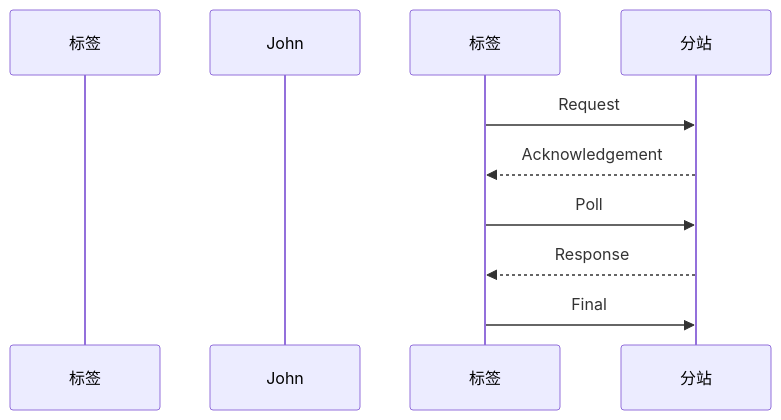
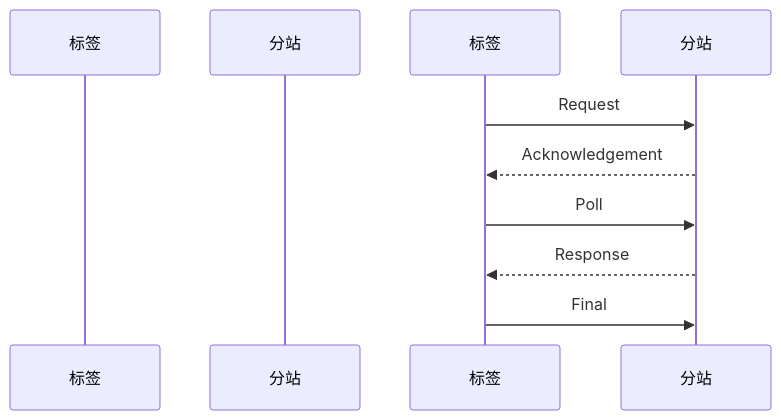
The diagram in all/未命名.md (geek-zhao/iodraw-files), drawn with Mermaid before and after one commit.

Commit message:
2024-08-17 14:01:24 update

````diff
--- a/all/未命名.md
+++ b/all/未命名.md
@@ -1,11 +1,11 @@
 ```mermaid
 sequenceDiagram
     participant tag as 标签
-    participant anchor as John
+    participant anchor as 分站
     标签->>分站: Request
     分站-->>标签: Acknowledgement
     标签->>分站: Poll
     分站-->>标签: Response
     标签->>分站: Final       
 
 ```
````
